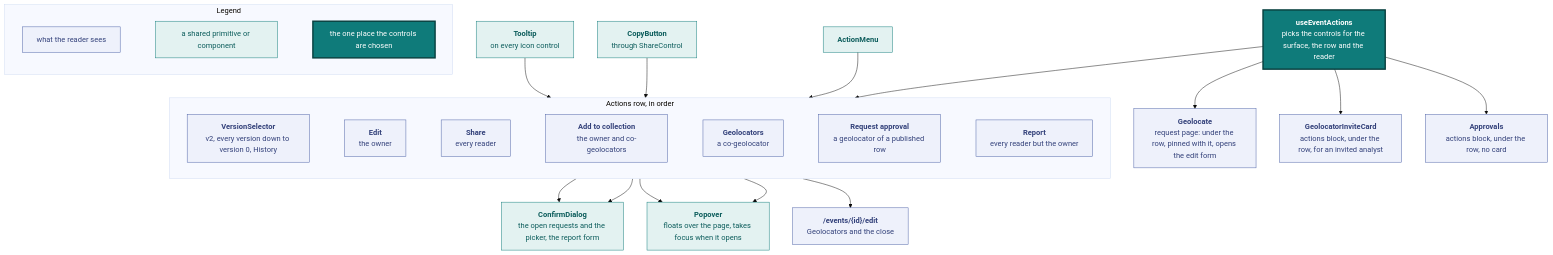
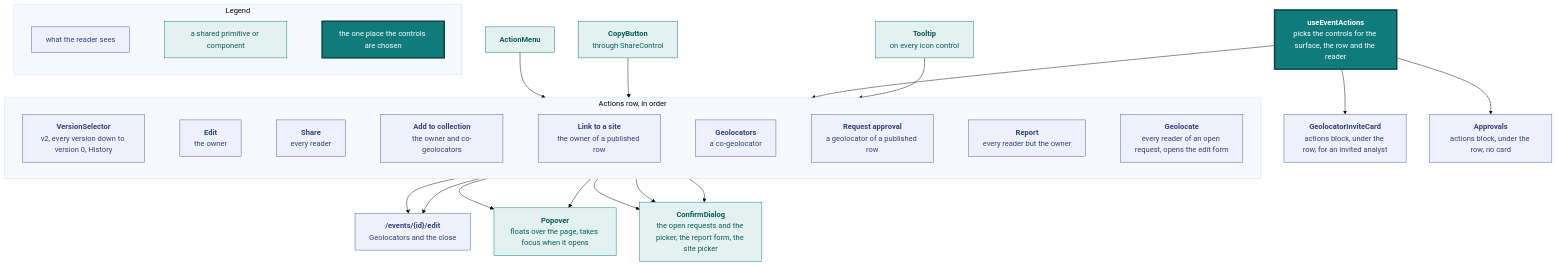
Before and after one commit to vidithq/vidit: the tenth of 19 diagrams in docs/design.md, drawn with Mermaid (base theme). The commit also changed other lines of this file and 20 other files, not shown here.

````diff
--- a/docs/design.md
+++ b/docs/design.md
@@ -965,67 +965,70 @@
 ```mermaid
 flowchart TB
   classDef spec fill:#eef1fb,stroke:#4a5fa5,color:#33417a
   classDef shared fill:#e3f2f1,stroke:#0f7b7a,color:#0b5c5b
   classDef core fill:#0f7b7a,stroke:#083f3e,stroke-width:3px,color:#ffffff
 
   subgraph legend [Legend]
     direction LR
     l1["`what the reader sees`"]:::spec
     l2["`a shared primitive or component`"]:::shared
     l3["`the one place the controls are chosen`"]:::core
     l1 ~~~ l2 ~~~ l3
   end
 
   hook["`**useEventActions**
   picks the controls for the surface, the row and the reader`"]:::core
 
   subgraph header [Actions row, in order]
     direction LR
     versions["`**VersionSelector**
     v2, every version down to version 0, History`"]:::spec
     edit["`**Edit**
     the owner`"]:::spec
     share["`**Share**
     every reader`"]:::spec
     collect["`**Add to collection**
     the owner and co-geolocators`"]:::spec
+    linksite["`**Link to a site**
+    the owner of a published row`"]:::spec
     credit["`**Geolocators**
     a co-geolocator`"]:::spec
     ask["`**Request approval**
     a geolocator of a published row`"]:::spec
     report["`**Report**
     every reader but the owner`"]:::spec
-    versions ~~~ edit ~~~ share ~~~ collect ~~~ credit ~~~ ask ~~~ report
+    geolocate["`**Geolocate**
+    every reader of an open request, opens the edit form`"]:::spec
+    versions ~~~ edit ~~~ share ~~~ collect ~~~ linksite ~~~ credit ~~~ ask ~~~ report ~~~ geolocate
   end
 
   menu["`**ActionMenu**`"]:::shared
   copy["`**CopyButton**
   through ShareControl`"]:::shared
   tooltip["`**Tooltip**
   on every icon control`"]:::shared
   editpage["`**/events/{id}/edit**
   Geolocators and the close`"]:::spec
   popover["`**Popover**
   floats over the page, takes focus when it opens`"]:::shared
   invite["`**GeolocatorInviteCard**
   actions block, under the row, for an invited analyst`"]:::spec
   approvals["`**Approvals**
   actions block, under the row, no card`"]:::spec
   dialog["`**ConfirmDialog**
-  the open requests and the picker, the report form`"]:::shared
-  geolocate["`**Geolocate**
-  request page: under the row, pinned with it, opens the edit form`"]:::spec
+  the open requests and the picker, the report form, the site picker`"]:::shared
 
   hook --> header
   hook --> approvals
   hook --> invite
-  hook --> geolocate
   menu --> versions
   copy --> share
   tooltip --> header
   edit --> editpage
   collect --> popover
   credit --> popover
   ask --> dialog
   report --> dialog
+  linksite --> dialog
+  geolocate --> editpage
 ```
````
